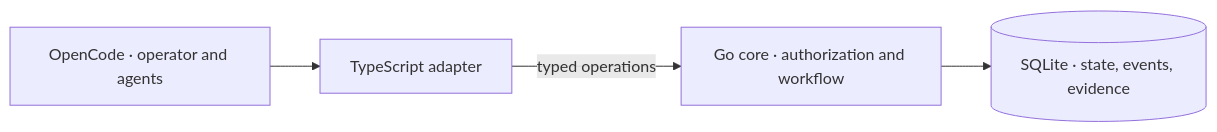
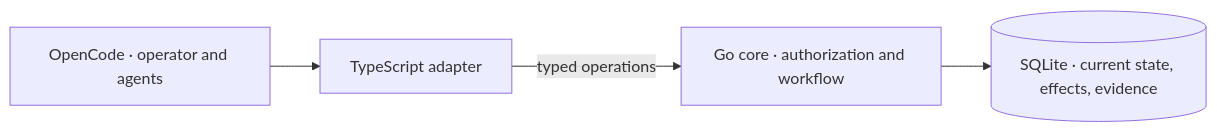
The diagram in README.md (Sharper-Flow/concord), drawn with Mermaid before and after one commit. The commit also changed other lines of this file and 80 other files, not shown here.

````diff
--- a/README.md
+++ b/README.md
@@ -110,6 +111,6 @@
 ```mermaid
 flowchart LR
     Host["OpenCode · operator and agents"] --> Adapter["TypeScript adapter"]
     Adapter -->|typed operations| Core["Go core · authorization and workflow"]
-    Core --> Store[("SQLite · state, events, evidence")]
+    Core --> Store[("SQLite · current state, effects, evidence")]
 ```
````
